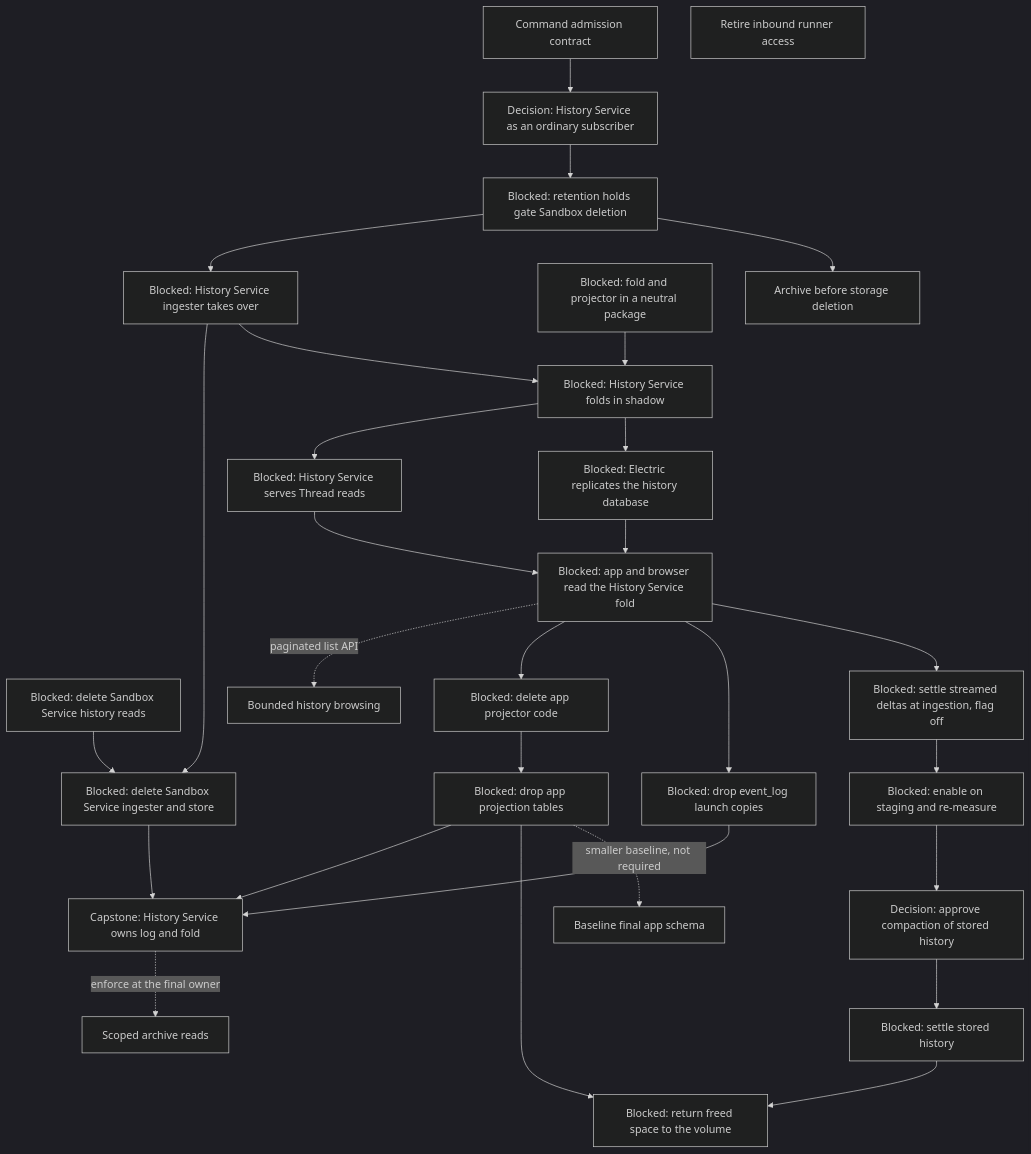
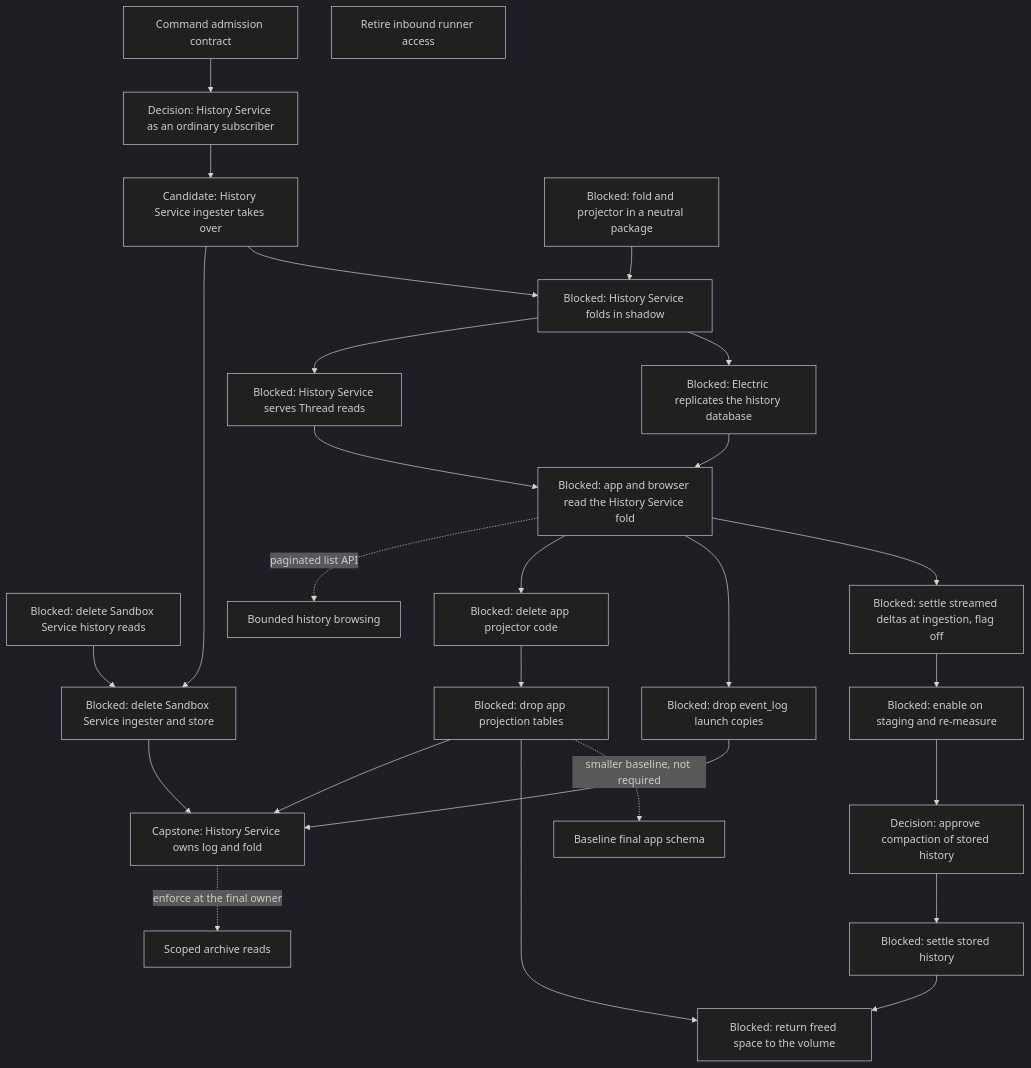
Before and after one commit to agentydragon-agent/ducktape: the eighth of 9 diagrams in agentplane/plans/task_dag.md, drawn with Mermaid (dark theme). The commit also changed other lines of this file and 11 other files, not shown here.

First line of the commit message:
agentplane: retention holds gate Sandbox deletion (#9748)

````diff
--- a/agentplane/plans/task_dag.md
+++ b/agentplane/plans/task_dag.md
@@ -749,55 +749,51 @@
 ```mermaid
 flowchart TD
     SESSION_FOLLOW_CONTRACT[Decision: History Service as an ordinary subscriber]
     SESSION_COMMAND_CONTRACT[Command admission contract]
     SANDBOX_HISTORY_READS_RETIRE[Blocked: delete Sandbox Service history reads]
-    RETENTION_HOLDS[Blocked: retention holds gate Sandbox deletion]
-    HISTORY_WRITE_HANDOFF[Blocked: History Service ingester takes over]
+    HISTORY_WRITE_HANDOFF[Candidate: History Service ingester takes over]
     SANDBOX_LOCAL_HISTORY_RETIRE[Blocked: delete Sandbox Service ingester and store]
     FOLD_LIBRARY_EXTRACT[Blocked: fold and projector in a neutral package]
     FOLD_SHADOW[Blocked: History Service folds in shadow]
     FOLD_READ_API[Blocked: History Service serves Thread reads]
     ELECTRIC_HISTORY_SOURCE[Blocked: Electric replicates the history database]
     FOLD_READ_CUTOVER[Blocked: app and browser read the History Service fold]
     APP_PROJECTOR_RETIRE[Blocked: delete app projector code]
     APP_PROJECTION_RETIRE[Blocked: drop app projection tables]
     APP_EVENT_LOG_COPIES_RETIRE[Blocked: drop event_log launch copies]
     HISTORY_SERVICE_OWNERSHIP[Capstone: History Service owns log and fold]
     SESSION_EVENT_RETENTION[Blocked: settle streamed deltas at ingestion, flag off]
     SESSION_EVENT_RETENTION_ENABLE[Blocked: enable on staging and re-measure]
     SESSION_EVENT_COMPACTION_PLAN[Decision: approve compaction of stored history]
     SESSION_EVENT_COMPACTION[Blocked: settle stored history]
     HISTORY_REPACK[Blocked: return freed space to the volume]
     APP_ALEMBIC_SQUASH[Baseline final app schema]
     THREAD_BROWSE_PAGINATE[Bounded history browsing]
     THREAD_READ_POLICY[Scoped archive reads]
     RUNNER_INBOUND_RETIRE[Retire inbound runner access]
-    SANDBOX_LIFECYCLE_DURABILITY[Archive before storage deletion]
     SESSION_COMMAND_CONTRACT --> SESSION_FOLLOW_CONTRACT
-    SESSION_FOLLOW_CONTRACT --> RETENTION_HOLDS
-    RETENTION_HOLDS --> HISTORY_WRITE_HANDOFF
+    SESSION_FOLLOW_CONTRACT --> HISTORY_WRITE_HANDOFF
     HISTORY_WRITE_HANDOFF --> SANDBOX_LOCAL_HISTORY_RETIRE
     SANDBOX_HISTORY_READS_RETIRE --> SANDBOX_LOCAL_HISTORY_RETIRE
     FOLD_LIBRARY_EXTRACT --> FOLD_SHADOW
     HISTORY_WRITE_HANDOFF --> FOLD_SHADOW
     FOLD_SHADOW --> FOLD_READ_API
     FOLD_SHADOW --> ELECTRIC_HISTORY_SOURCE
     FOLD_READ_API --> FOLD_READ_CUTOVER
     FOLD_READ_CUTOVER -. paginated list API .-> THREAD_BROWSE_PAGINATE
     ELECTRIC_HISTORY_SOURCE --> FOLD_READ_CUTOVER
     FOLD_READ_CUTOVER --> APP_PROJECTOR_RETIRE
     APP_PROJECTOR_RETIRE --> APP_PROJECTION_RETIRE
     FOLD_READ_CUTOVER --> APP_EVENT_LOG_COPIES_RETIRE
     APP_EVENT_LOG_COPIES_RETIRE --> HISTORY_SERVICE_OWNERSHIP
     APP_PROJECTION_RETIRE --> HISTORY_SERVICE_OWNERSHIP
     SANDBOX_LOCAL_HISTORY_RETIRE --> HISTORY_SERVICE_OWNERSHIP
     FOLD_READ_CUTOVER --> SESSION_EVENT_RETENTION
     SESSION_EVENT_RETENTION --> SESSION_EVENT_RETENTION_ENABLE
     SESSION_EVENT_RETENTION_ENABLE --> SESSION_EVENT_COMPACTION_PLAN
     SESSION_EVENT_COMPACTION_PLAN --> SESSION_EVENT_COMPACTION
     SESSION_EVENT_COMPACTION --> HISTORY_REPACK
     APP_PROJECTION_RETIRE --> HISTORY_REPACK
     APP_PROJECTION_RETIRE -. smaller baseline, not required .-> APP_ALEMBIC_SQUASH
     HISTORY_SERVICE_OWNERSHIP -. enforce at the final owner .-> THREAD_READ_POLICY
-    RETENTION_HOLDS --> SANDBOX_LIFECYCLE_DURABILITY
 ```
````
